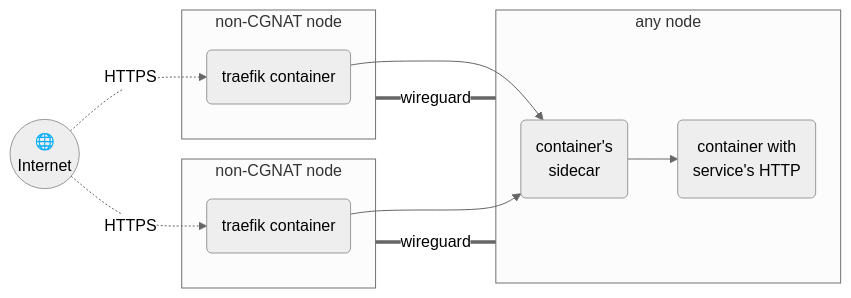
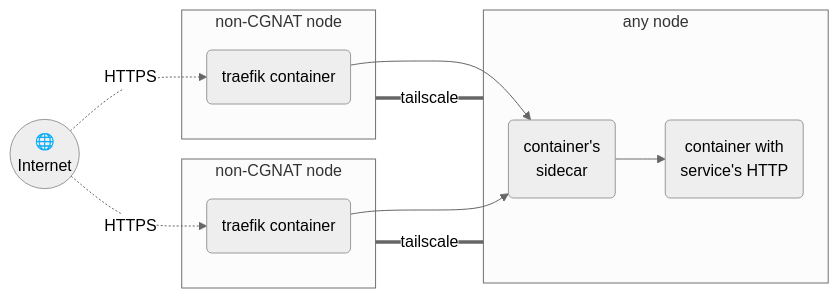
Before and after one commit to cottand/web-portfolio: the third of 4 diagrams in src/assets/markdown/projects/Selfhosted.md, drawn with Mermaid (neutral theme). The commit also changed other lines of this file and 1 other file, not shown here.

````diff
--- a/src/assets/markdown/projects/Selfhosted.md
+++ b/src/assets/markdown/projects/Selfhosted.md
@@ -133,25 +122,25 @@
 ```mermaid
 %% !caption: Ingress setup
 graph LR
     Internet(("🌐 \nInternet"))
 
     subgraph dcNode["non-CGNAT node"]
     %%            direction LR
         traefik("traefik container")
     end
 
     subgraph dcNode2["non-CGNAT node"]
         traefik2("traefik container")
     end
 
     subgraph anyNode["any node"]
         sidecar("container's \n sidecar")
         containerServer("container with \nservice's HTTP")
     end
 
     Internet -.->|HTTPS| traefik
     Internet -.->|HTTPS| traefik2
     traefik & traefik2 --> sidecar --> containerServer
-    dcNode & dcNode2 ===|wireguard| anyNode
+    dcNode & dcNode2 ===|tailscale| anyNode
 %%        dcNode===|wireguard|dcNode2
 ```
````
